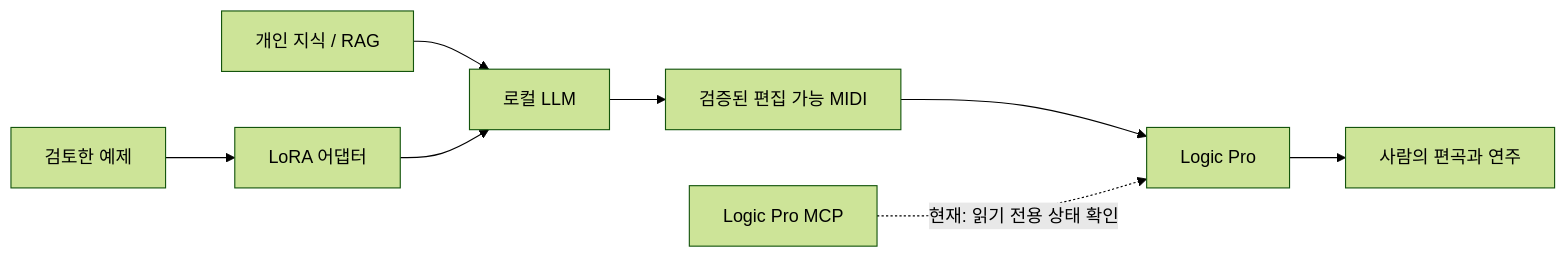
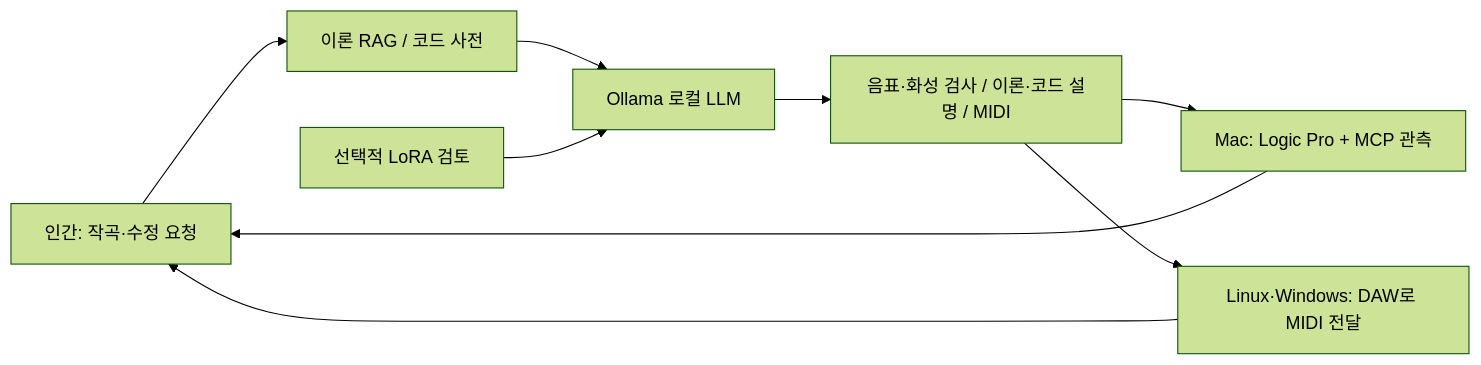
One commit to Sovereign-Music-Lab/DeepChord changed the diagram in README.ko.md. Above: the diagram before and after it, drawn with Mermaid (forest theme). The commit also changed other lines of this file and 37 other files, not shown here.

````diff
--- a/README.ko.md
+++ b/README.ko.md
@@ -13,10 +11,11 @@
 ```mermaid
 flowchart LR
-    R[개인 지식 / RAG] --> L[로컬 LLM]
-    D[검토한 예제] --> A[LoRA 어댑터]
-    A --> L
-    L --> M[검증된 편집 가능 MIDI]
-    M --> P[Logic Pro]
-    C[Logic Pro MCP] -. 현재: 읽기 전용 상태 확인 .-> P
-    P --> H[사람의 편곡과 연주]
+    H[인간: 작곡·수정 요청] --> R[이론 RAG / 코드 사전]
+    R --> L[Ollama 로컬 LLM]
+    A[선택적 LoRA 검토] --> L
+    L --> V[음표·화성 검사 / 이론·코드 설명 / MIDI]
+    V --> D[Mac: Logic Pro + MCP 관측]
+    V --> P[Linux·Windows: DAW로 MIDI 전달]
+    D --> H
+    P --> H
 ```
````
